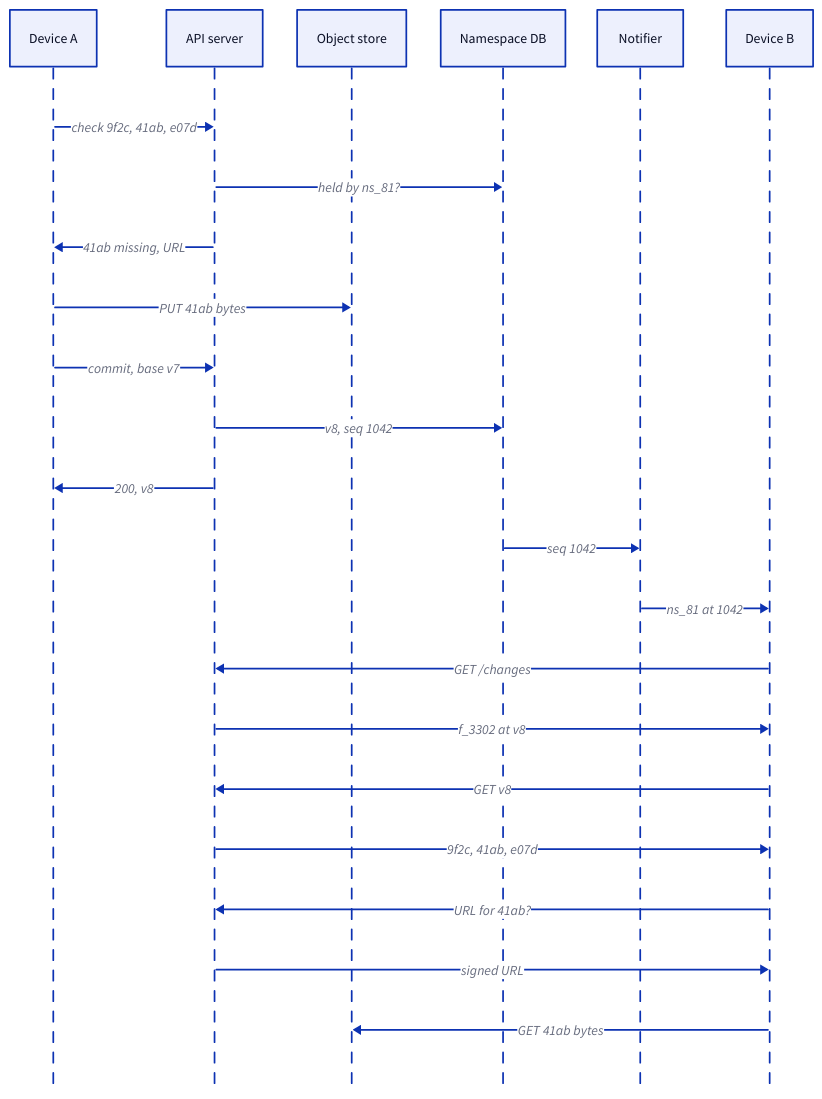
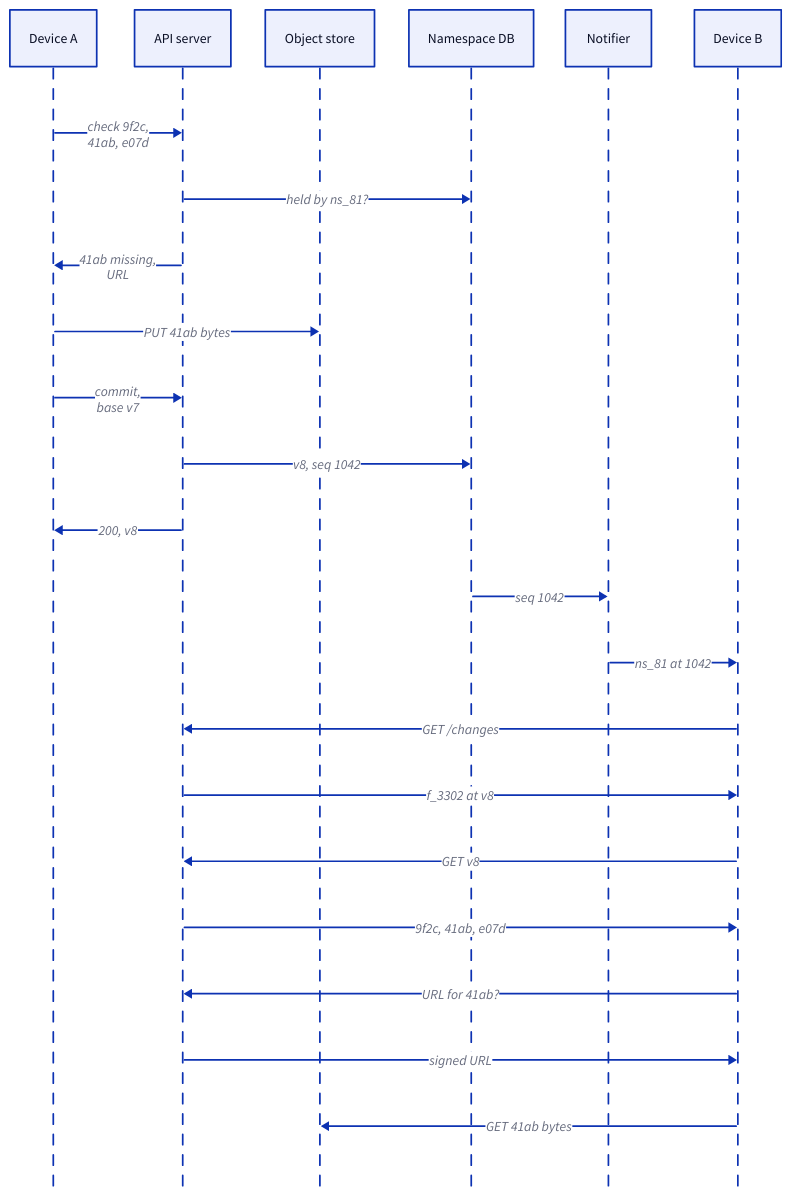
One commit to enbattle/til changed the diagram in src/system-design/diagrams/file-storage/edit-sync-sequence.d2. Above: the diagram before and after it, drawn with D2. The commit also changed 17 other files, not shown here.

First line of the commit message:
Check @theme colors and diagram width; refresh the site description

```diff
--- a/src/system-design/diagrams/file-storage/edit-sync-sequence.d2
+++ b/src/system-design/diagrams/file-storage/edit-sync-sequence.d2
@@ -1,28 +1,28 @@
 # One edit to inventory.db on device A reaching device B: upload the one changed
 # chunk, commit version 8, notify, then fetch the journal entry, the version's
 # chunk list and a URL for only the missing chunk.
 shape: sequence_diagram
 
 a: Device A
 api: API server
 objects: Object store
 db: Namespace DB
 notify: Notifier
 b: Device B
 
-a -> api: "check 9f2c, 41ab, e07d"
+a -> api: "check 9f2c,\n41ab, e07d"
 api -> db: "held by ns_81?"
-api -> a: "41ab missing, URL"
+api -> a: "41ab missing,\nURL"
 a -> objects: "PUT 41ab bytes"
-a -> api: "commit, base v7"
+a -> api: "commit,\nbase v7"
 api -> db: "v8, seq 1042"
 api -> a: "200, v8"
 db -> notify: "seq 1042"
 notify -> b: "ns_81 at 1042"
 b -> api: "GET /changes"
 api -> b: "f_3302 at v8"
 b -> api: "GET v8"
 api -> b: "9f2c, 41ab, e07d"
 b -> api: "URL for 41ab?"
 api -> b: "signed URL"
 b -> objects: "GET 41ab bytes"
```
